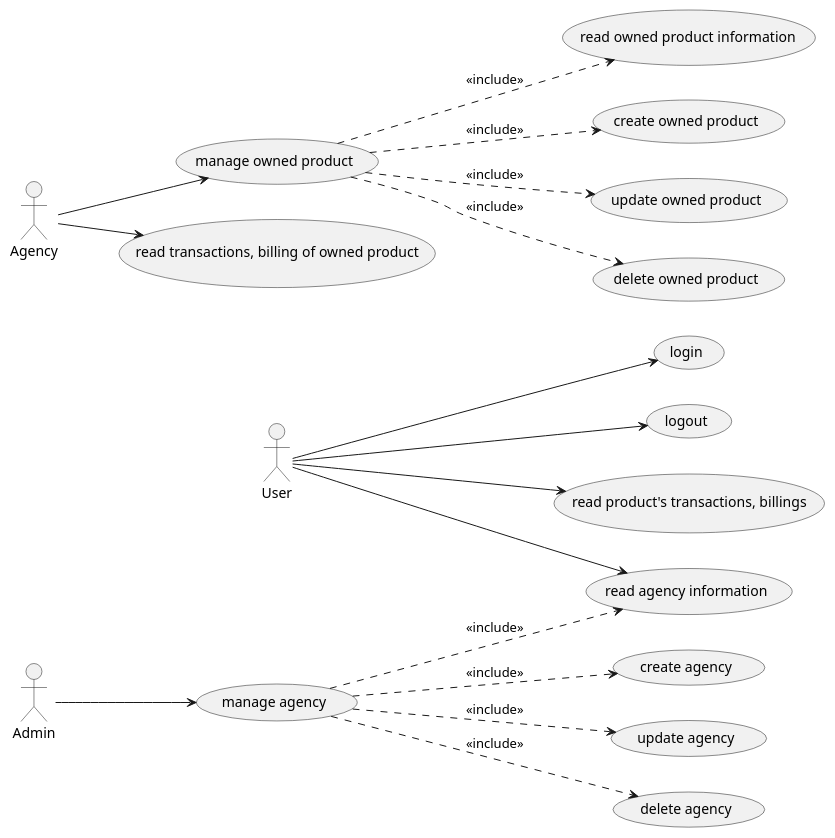
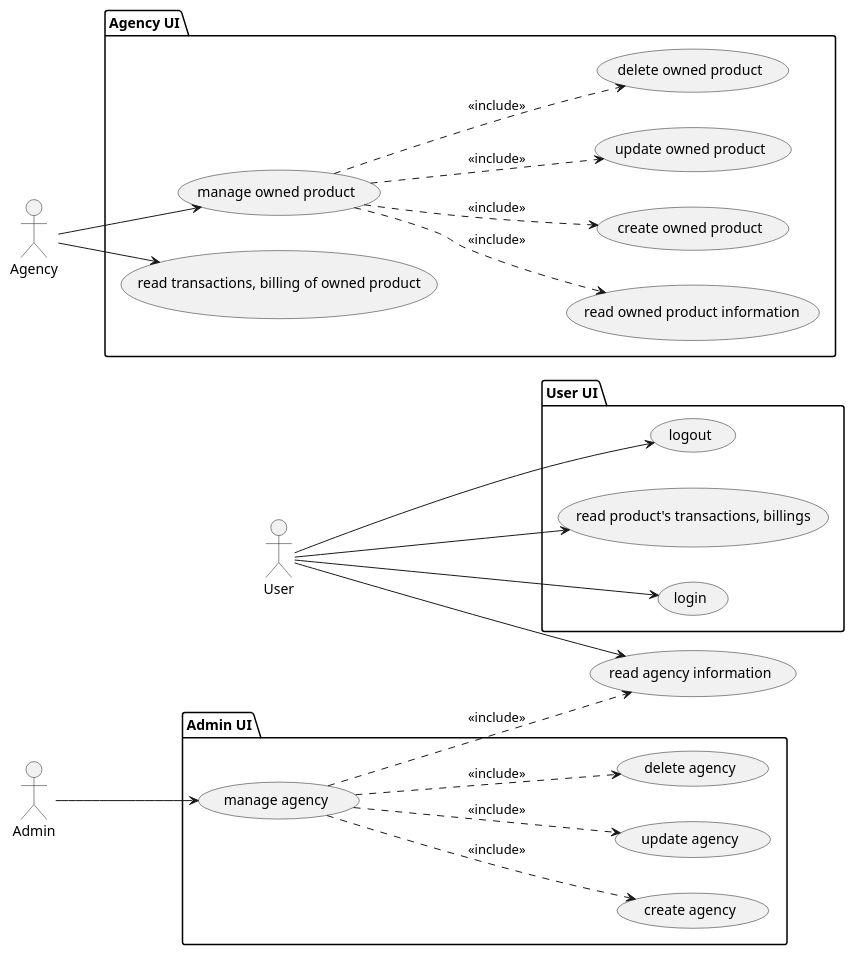
One commit to felixnguyen678/udt-backend-test changed the diagram in source-code/e-commercial-platform-backend/docs/usecase.plantuml. Above: the diagram before and after it, drawn with PlantUML. The commit also changed 2 other files, not shown here.

Commit message:
Section 2 | authentication and authorization sequence diagrams

```diff
--- a/source-code/e-commercial-platform-backend/docs/usecase.plantuml
+++ b/source-code/e-commercial-platform-backend/docs/usecase.plantuml
@@ -2,25 +2,48 @@
 @startuml
+
+package "User UI" {
+    (login)
+    (logout)
+    (read product's transactions, billings)
+}
+
+package "Agency UI" {
+    (manage owned product)
+    (read transactions, billing of owned product)
+    (read owned product information)
+    (create owned product)
+    (update owned product)
+    (delete owned product)
+}
+
+package "Admin UI" {
+    (manage agency)
+    (create agency)
+    (update agency)
+    (delete agency)
+}
 
 left to right direction
 
 (manage agency) ..> (read agency information): <<include>>
 (manage agency) ..> (create agency): <<include>>
 (manage agency) ..> (update agency): <<include>>
 (manage agency) ..> (delete agency): <<include>>
 
 
 Admin --> (manage agency)
 
 (manage owned product) ..> (read owned product information): <<include>>
 (manage owned product) ..> (create owned product): <<include>>
 (manage owned product) ..> (update owned product): <<include>>
 (manage owned product) ..> (delete owned product): <<include>>
 
 Agency --> (manage owned product)
 Agency --> (read transactions, billing of owned product)
 
+
 User --> (login)
 User --> (logout)
 User --> (read product's transactions, billings)
 User --> (read agency information)
 @enduml
```
